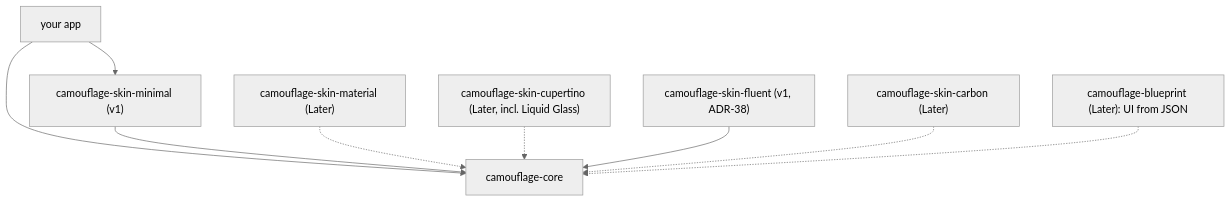
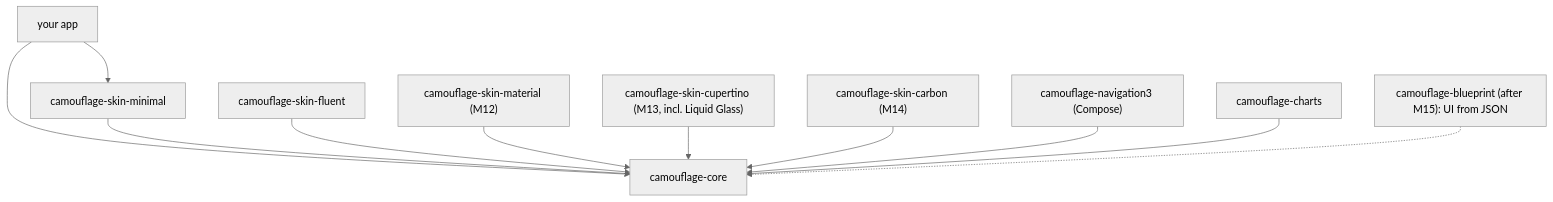
Before and after one commit to srctool/camouflage: the second of 3 diagrams in docs/internal/development/guide/02-architecture/01-architecture.mdx, drawn with Mermaid (neutral theme). The commit also changed other lines of this file and 5 other files, not shown here.

First line of the commit message:
docs: M12 Material skin notes and build callouts (#58)

````diff
--- a/docs/internal/development/guide/02-architecture/01-architecture.mdx
+++ b/docs/internal/development/guide/02-architecture/01-architecture.mdx
@@ -58,11 +58,13 @@
 ```mermaid
 flowchart TB
     App["your app"] --> Core["camouflage-core"]
-    App --> SkinMin["camouflage-skin-minimal (v1)"]
+    App --> SkinMin["camouflage-skin-minimal"]
     SkinMin --> Core
-    SkinM["camouflage-skin-material (Later)"] -.-> Core
-    SkinC["camouflage-skin-cupertino (Later, incl. Liquid Glass)"] -.-> Core
-    SkinF["camouflage-skin-fluent (v1, ADR-38)"] --> Core
-    SkinCb["camouflage-skin-carbon (Later)"] -.-> Core
-    BP["camouflage-blueprint (Later): UI from JSON"] -.-> Core
+    SkinF["camouflage-skin-fluent"] --> Core
+    SkinM["camouflage-skin-material (M12)"] --> Core
+    SkinC["camouflage-skin-cupertino (M13, incl. Liquid Glass)"] --> Core
+    SkinCb["camouflage-skin-carbon (M14)"] --> Core
+    Nav["camouflage-navigation3 (Compose)"] --> Core
+    Charts["camouflage-charts"] --> Core
+    BP["camouflage-blueprint (after M15): UI from JSON"] -.-> Core
 ```
````
